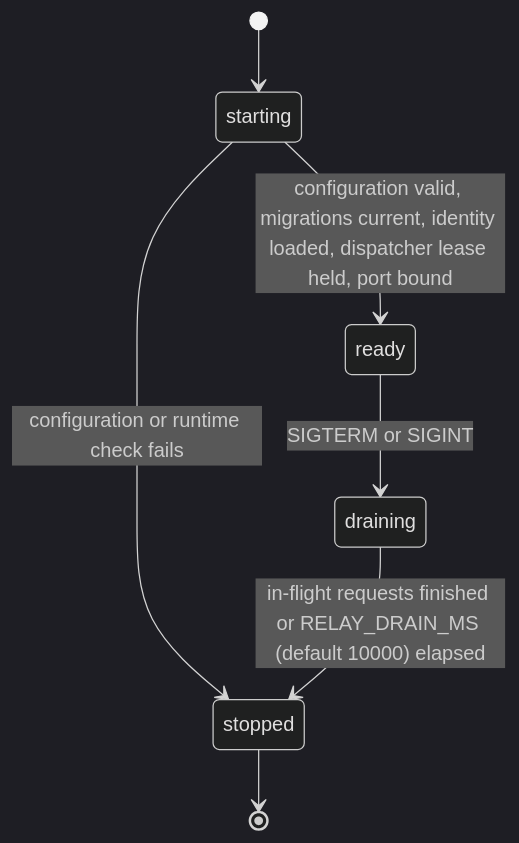
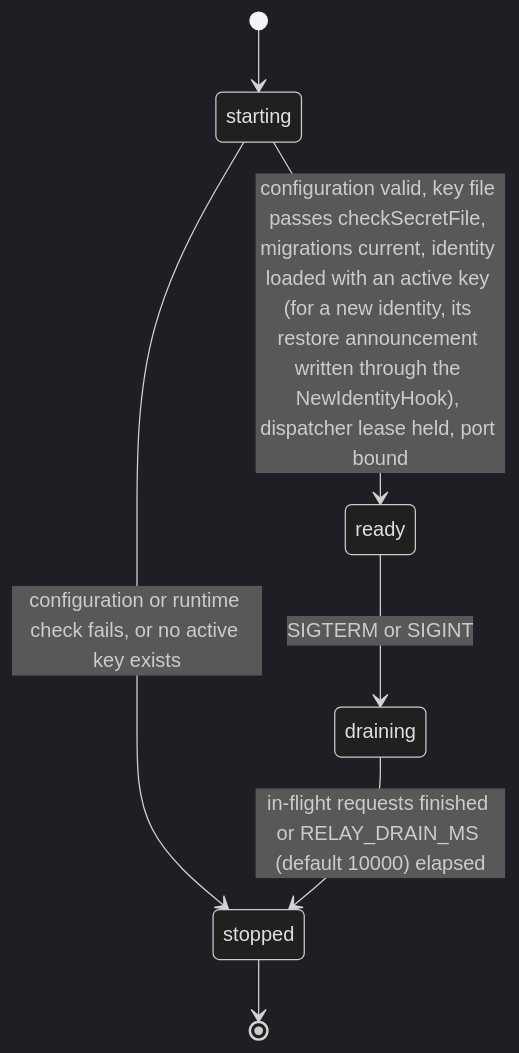
One commit to djshellshoxxx/CLASSifiedisRUPTed changed the first of 2 diagrams in 15_Platform/02_backend/mod_relays/workflow_state_machine.md. Above: the diagram before and after it, drawn with Mermaid (dark theme). The commit also changed other lines of this file and 1935 other files, not shown here.

````diff
--- a/15_Platform/02_backend/mod_relays/workflow_state_machine.md
+++ b/15_Platform/02_backend/mod_relays/workflow_state_machine.md
@@ -26,9 +27,9 @@
 ```mermaid
 stateDiagram-v2
   [*] --> starting
-  starting --> ready: configuration valid, migrations current, identity loaded, dispatcher lease held, port bound
-  starting --> stopped: configuration or runtime check fails
+  starting --> ready: configuration valid, key file passes checkSecretFile, migrations current, identity loaded with an active key (for a new identity, its restore announcement written through the NewIdentityHook), dispatcher lease held, port bound
+  starting --> stopped: configuration or runtime check fails, or no active key exists
   ready --> draining: SIGTERM or SIGINT
   draining --> stopped: in-flight requests finished or RELAY_DRAIN_MS (default 10000) elapsed
   stopped --> [*]
 ```
````
